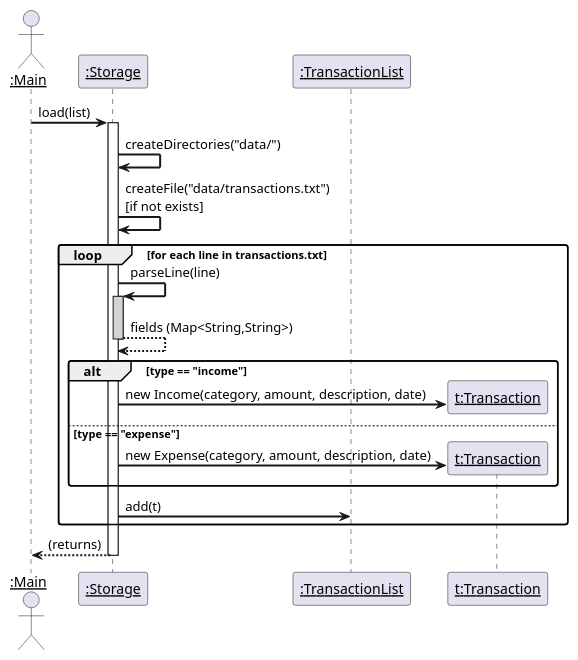
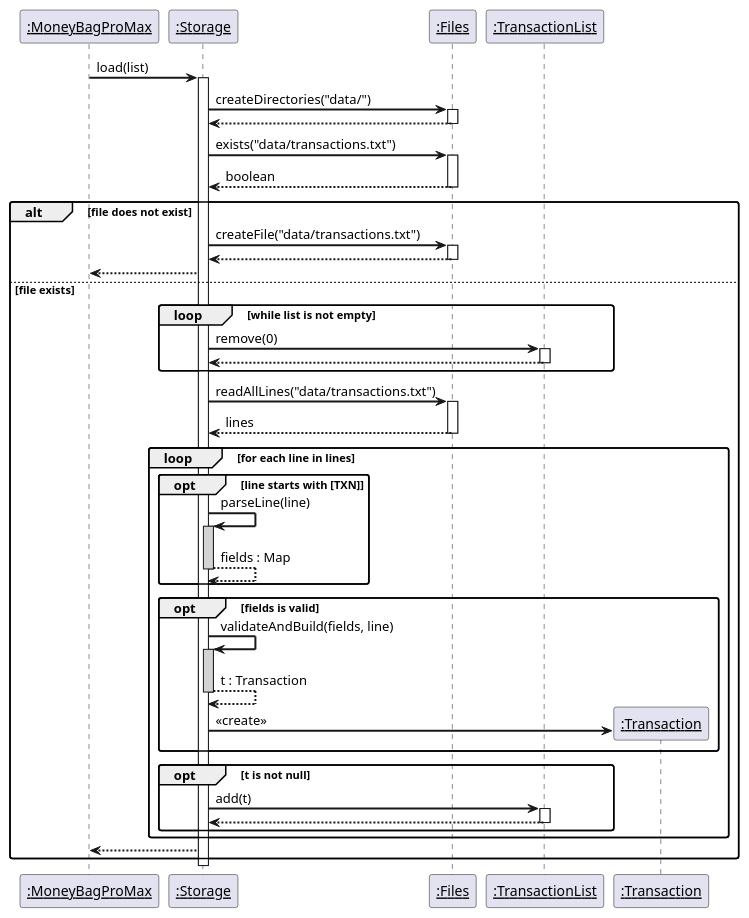
The diagram in docs/diagrams/StorageLoadSequenceDiagram.puml (AY2526S2-CS2113-T14-4/tp), drawn with PlantUML before and after one commit. The commit also changed 3 other files, not shown here.

Commit message:
docs: update load and save sequence diagrams for Storage

```diff
--- a/docs/diagrams/StorageLoadSequenceDiagram.puml
+++ b/docs/diagrams/StorageLoadSequenceDiagram.puml
@@ -1,37 +1,75 @@
 @startuml StorageLoadSequenceDiagram
 skinparam sequenceArrowThickness 2
 skinparam roundcorner 5
 skinparam sequenceParticipant underline
 
-actor ":Main" as Main
+participant ":MoneyBagProMax" as Main
 participant ":Storage" as Storage
+participant ":Files" as Files
 participant ":TransactionList" as TList
-participant "t:Transaction" as T
+participant ":Transaction" as T
 
 Main -> Storage : load(list)
 activate Storage
 
-Storage -> Storage : createDirectories("data/")
-Storage -> Storage : createFile("data/transactions.txt")\n[if not exists]
+Storage -> Files : createDirectories("data/")
+activate Files
+Files --> Storage
+deactivate Files
 
-loop for each line in transactions.txt
-    Storage -> Storage : parseLine(line)
-    activate Storage #LightGray
-    Storage --> Storage : fields (Map<String,String>)
-    deactivate Storage
+Storage -> Files : exists("data/transactions.txt")
+activate Files
+Files --> Storage : boolean
+deactivate Files
 
-    alt type == "income"
-        create T
-        Storage -> T : new Income(category, amount, description, date)
-    else type == "expense"
-        create T
-        Storage -> T : new Expense(category, amount, description, date)
+alt file does not exist
+    Storage -> Files : createFile("data/transactions.txt")
+    activate Files
+    Files --> Storage
+    deactivate Files
+    Storage --> Main
+else file exists
+    loop while list is not empty
+        Storage -> TList : remove(0)
+        activate TList
+        TList --> Storage
+        deactivate TList
     end
 
-    Storage -> TList : add(t)
+    Storage -> Files : readAllLines("data/transactions.txt")
+    activate Files
+    Files --> Storage : lines
+    deactivate Files
+
+    loop for each line in lines
+        opt line starts with [TXN]
+            Storage -> Storage : parseLine(line)
+            activate Storage #LightGray
+            Storage --> Storage : fields : Map
+            deactivate Storage
+        end
+    
+        opt fields is valid
+            Storage -> Storage : validateAndBuild(fields, line)
+            activate Storage #LightGray
+            Storage --> Storage : t : Transaction
+            deactivate Storage
+    
+            create T
+            Storage -> T : <<create>>
+        end
+    
+        opt t is not null
+            Storage -> TList : add(t)
+            activate TList
+            TList --> Storage
+            deactivate TList
+        end
+    end
+
+    Storage --> Main
 end
 
-Storage --> Main : (returns)
 deactivate Storage
 
 @enduml
```
